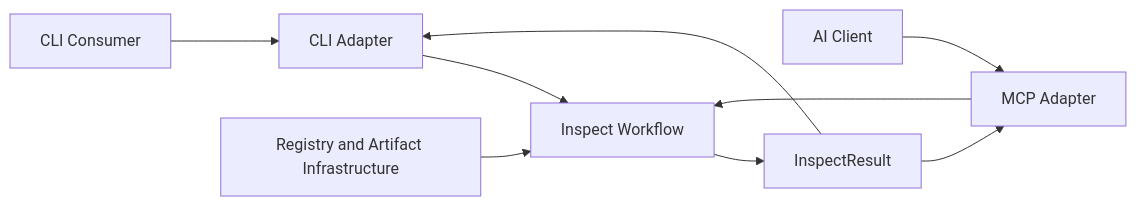
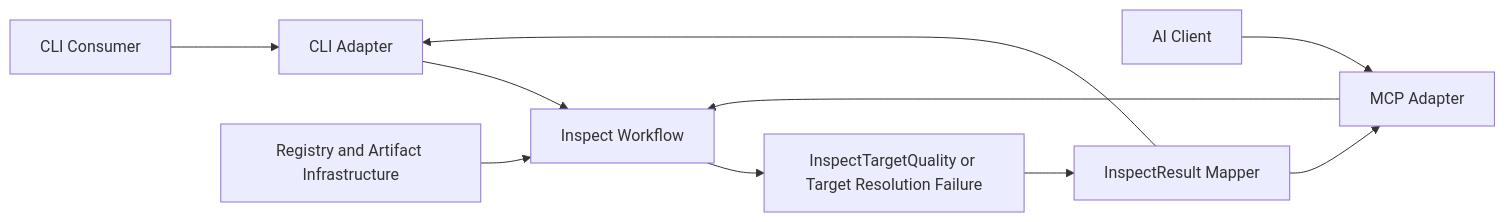
Before and after one commit to huang-xiao-jian/bluey: the diagram in specs/npm-plus/interfaces/spec.md, drawn with Mermaid. The commit also changed other lines of this file and 4 other files, not shown here.

````diff
--- a/specs/npm-plus/interfaces/spec.md
+++ b/specs/npm-plus/interfaces/spec.md
@@ -16,11 +16,12 @@
 ```mermaid
 flowchart LR
     C[CLI Consumer] --> CA[CLI Adapter]
     A[AI Client] --> MA[MCP Adapter]
     CA --> W[Inspect Workflow]
     MA --> W
     R[Registry and Artifact Infrastructure] --> W
-    W --> O[InspectResult]
-    O --> CA
-    O --> MA
+    W --> Q[InspectTargetQuality or Target Resolution Failure]
+    Q --> M[InspectResult Mapper]
+    M --> CA
+    M --> MA
 ```
````
